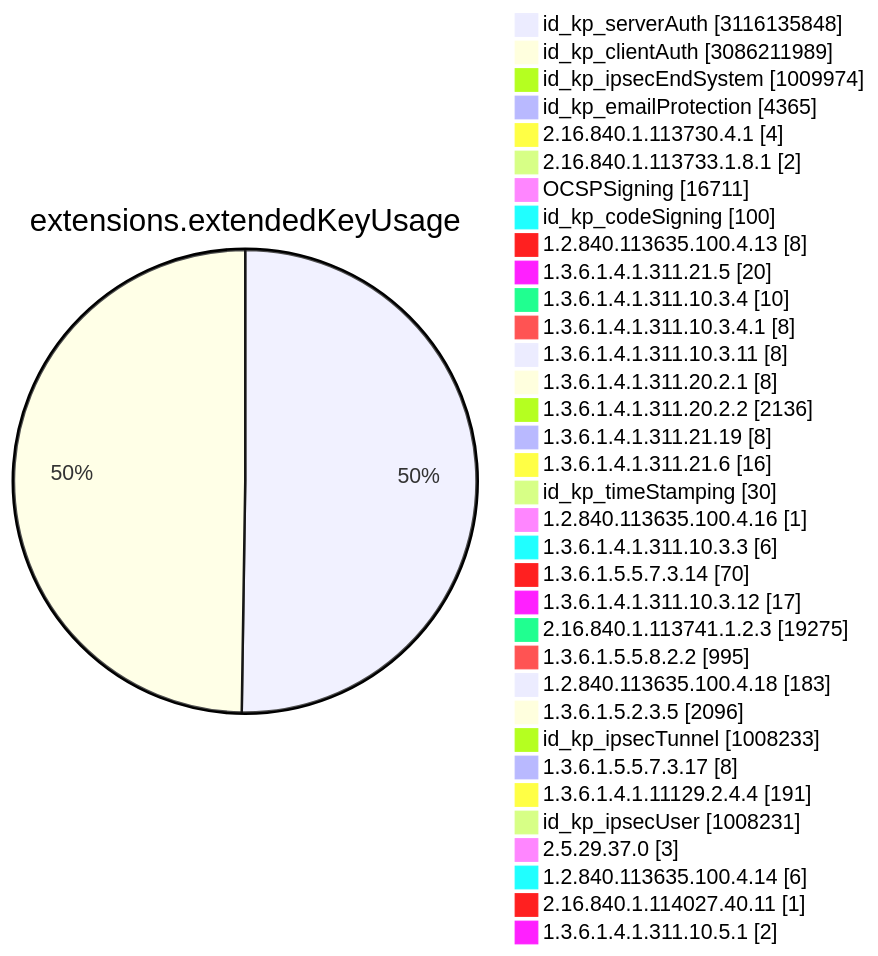
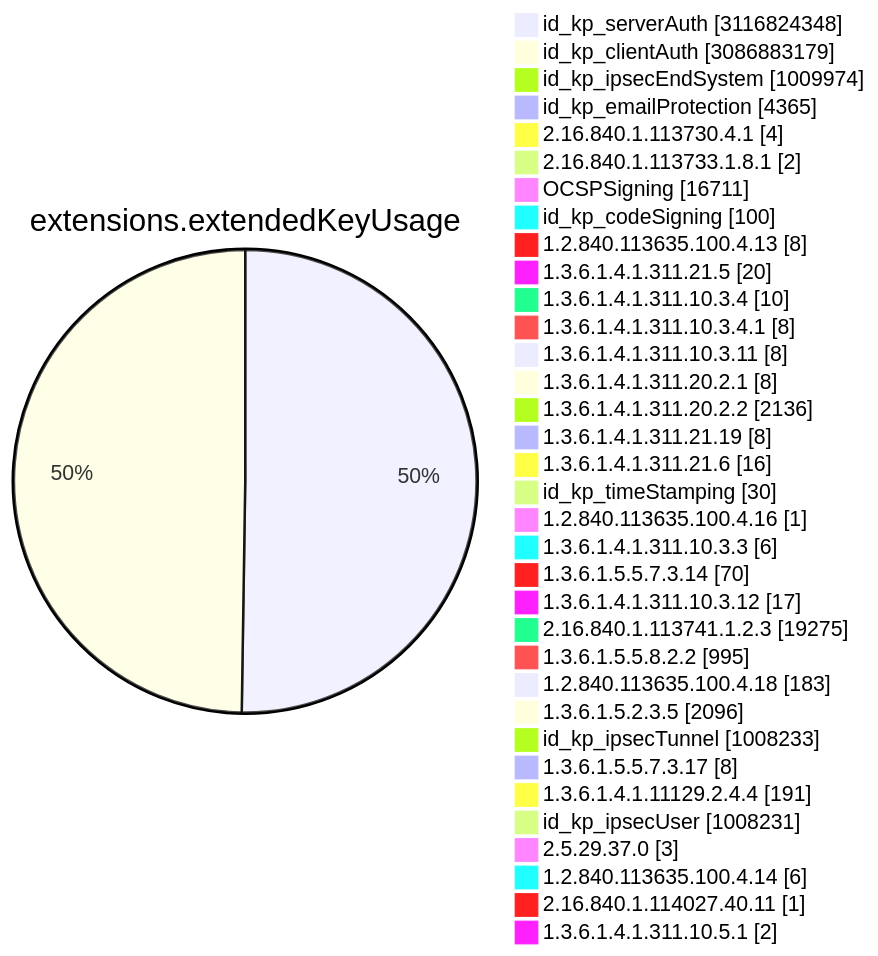
Before and after one commit to christiankrug/ctmonitor_visualization: diagram 11 of 15 in TOTAL/README.md, drawn with Mermaid. The commit also changed other lines of this file, not shown here.

````diff
--- a/TOTAL/README.md
+++ b/TOTAL/README.md
@@ -4117,38 +4117,38 @@
 ```mermaid
 pie showData
 title extensions.extendedKeyUsage
-"id_kp_serverAuth" :3116135848
-"id_kp_clientAuth" :3086211989
+"id_kp_serverAuth" :3116824348
+"id_kp_clientAuth" :3086883179
 "id_kp_ipsecEndSystem" :1009974
 "id_kp_emailProtection" :4365
 "2.16.840.1.113730.4.1" :4
 "2.16.840.1.113733.1.8.1" :2
 "OCSPSigning" :16711
 "id_kp_codeSigning" :100
 "1.2.840.113635.100.4.13" :8
 "1.3.6.1.4.1.311.21.5" :20
 "1.3.6.1.4.1.311.10.3.4" :10
 "1.3.6.1.4.1.311.10.3.4.1" :8
 "1.3.6.1.4.1.311.10.3.11" :8
 "1.3.6.1.4.1.311.20.2.1" :8
 "1.3.6.1.4.1.311.20.2.2" :2136
 "1.3.6.1.4.1.311.21.19" :8
 "1.3.6.1.4.1.311.21.6" :16
 "id_kp_timeStamping" :30
 "1.2.840.113635.100.4.16" :1
 "1.3.6.1.4.1.311.10.3.3" :6
 "1.3.6.1.5.5.7.3.14" :70
 "1.3.6.1.4.1.311.10.3.12" :17
 "2.16.840.1.113741.1.2.3" :19275
 "1.3.6.1.5.5.8.2.2" :995
 "1.2.840.113635.100.4.18" :183
 "1.3.6.1.5.2.3.5" :2096
 "id_kp_ipsecTunnel" :1008233
 "1.3.6.1.5.5.7.3.17" :8
 "1.3.6.1.4.1.11129.2.4.4" :191
 "id_kp_ipsecUser" :1008231
 "2.5.29.37.0" :3
 "1.2.840.113635.100.4.14" :6
 "2.16.840.1.114027.40.11" :1
 "1.3.6.1.4.1.311.10.5.1" :2
 ```
````
